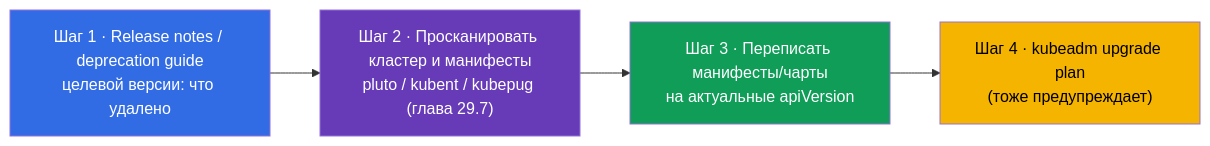
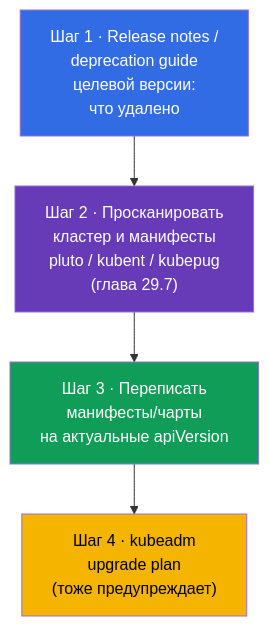
One commit to ViktorUJ/cks changed the third of 8 diagrams in tasks/cka/course/36/ru.md. Above: the diagram before and after it, drawn with Mermaid. The commit also changed other lines of this file and 30 other files, not shown here.

````diff
--- a/tasks/cka/course/36/ru.md
+++ b/tasks/cka/course/36/ru.md
@@ -61,10 +61,10 @@
 ```mermaid
-flowchart LR
-    rn["Шаг 1 · Release notes / deprecation guide<br>целевой версии: что удалено"] --> scan["Шаг 2 · Просканировать кластер и манифесты<br>pluto / kubent / kubepug (глава 29.7)"]
-    scan --> fix["Шаг 3 · Переписать манифесты/чарты<br>на актуальные apiVersion"]
-    fix --> plan["Шаг 4 · kubeadm upgrade plan<br>(тоже предупреждает)"]
+flowchart TB
+    rn["Шаг 1 · Release notes /<br>deprecation guide<br>целевой версии:<br>что удалено"] --> scan["Шаг 2 · Просканировать<br>кластер и манифесты<br>pluto / kubent / kubepug<br>(глава 29.7)"]
+    scan --> fix["Шаг 3 · Переписать<br>манифесты/чарты<br>на актуальные apiVersion"]
+    fix --> plan["Шаг 4 · kubeadm<br>upgrade plan<br>(тоже предупреждает)"]
     style rn fill:#326ce5,color:#fff
     style scan fill:#673ab7,color:#fff
     style fix fill:#0f9d58,color:#fff
     style plan fill:#f4b400,color:#000
 ```
````
